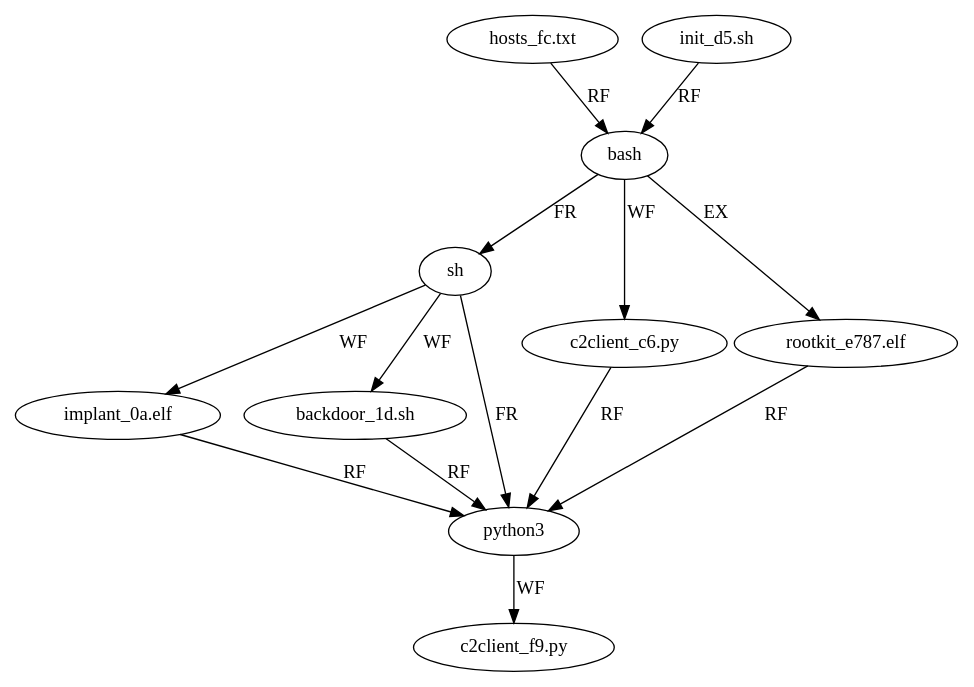
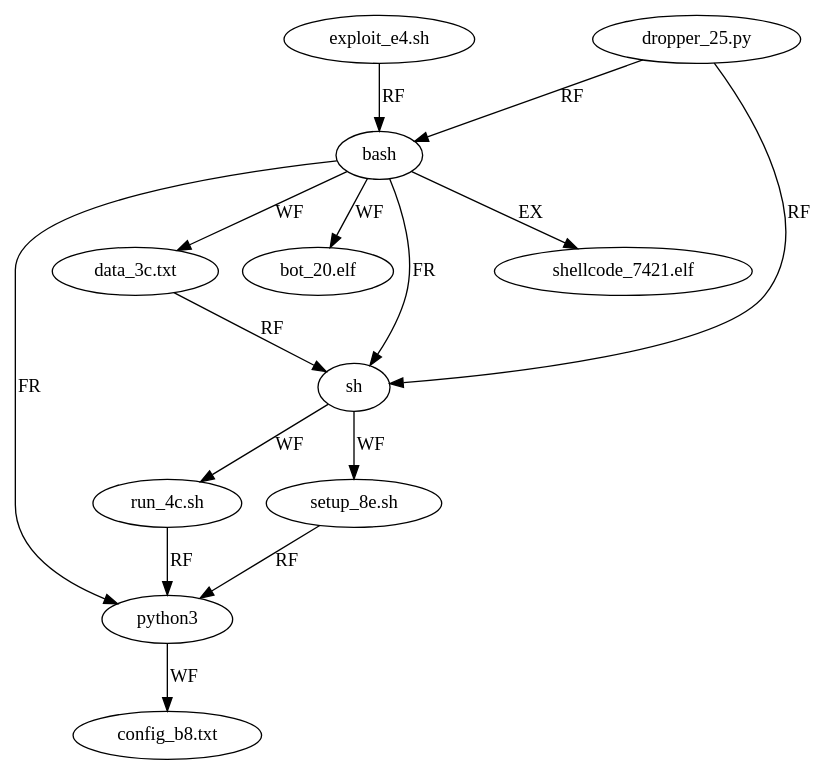
Before and after one commit to gianghitran/MARL-VariantHunter-Architecture: the diagram in Attack_Agent/result_handoff/APT32/clusters/cluster_00_T1593.002.dot, drawn with Graphviz. The commit also changed 3528 other files, not shown here.

```diff
--- a/Attack_Agent/result_handoff/APT32/clusters/cluster_00_T1593.002.dot
+++ b/Attack_Agent/result_handoff/APT32/clusters/cluster_00_T1593.002.dot
@@ -1,25 +1,27 @@
 digraph {
   p0_s0 [label="bash" type=process stage="T1593.002"]
-  fin0_s0 [label="hosts_fc.txt" type=file stage="T1593.002"]
-  fin1_s0 [label="init_d5.sh" type=file stage="T1593.002"]
+  fin0_s0 [label="dropper_25.py" type=file stage="T1593.002"]
+  fin1_s0 [label="exploit_e4.sh" type=file stage="T1593.002"]
   p1_s0 [label="sh" type=process stage="T1593.002"]
-  f0_0_s0 [label="implant_0a.elf" type=file stage="T1593.002"]
-  f0_1_s0 [label="backdoor_1d.sh" type=file stage="T1593.002"]
+  f0_0_s0 [label="setup_8e.sh" type=file stage="T1593.002"]
+  f0_1_s0 [label="run_4c.sh" type=file stage="T1593.002"]
   p2_s0 [label="python3" type=process stage="T1593.002"]
-  f1_0_s0 [label="c2client_f9.py" type=file stage="T1593.002"]
-  fh0_s0 [label="c2client_c6.py" type=file stage="T1593.002"]
-  exec_s0 [label="rootkit_e787.elf" type=file stage="T1593.002"]
+  f1_0_s0 [label="config_b8.txt" type=file stage="T1593.002"]
+  fh0_s0 [label="bot_20.elf" type=file stage="T1593.002"]
+  fh1_s0 [label="data_3c.txt" type=file stage="T1593.002"]
+  exec_s0 [label="shellcode_7421.elf" type=file stage="T1593.002"]
   fin0_s0 -> p0_s0 [label="RF"]
   fin1_s0 -> p0_s0 [label="RF"]
   p0_s0 -> p1_s0 [label="FR"]
   p1_s0 -> f0_0_s0 [label="WF"]
   p1_s0 -> f0_1_s0 [label="WF"]
-  p1_s0 -> p2_s0 [label="FR"]
+  fin0_s0 -> p1_s0 [label="RF"]
+  p0_s0 -> p2_s0 [label="FR"]
   p2_s0 -> f1_0_s0 [label="WF"]
-  f0_0_s0 -> p2_s0 [label="RF"]
   p0_s0 -> fh0_s0 [label="WF"]
+  p0_s0 -> fh1_s0 [label="WF"]
   p0_s0 -> exec_s0 [label="EX"]
   f0_1_s0 -> p2_s0 [label="RF"]
-  exec_s0 -> p2_s0 [label="RF"]
-  fh0_s0 -> p2_s0 [label="RF"]
+  f0_0_s0 -> p2_s0 [label="RF"]
+  fh1_s0 -> p1_s0 [label="RF"]
 }
```
